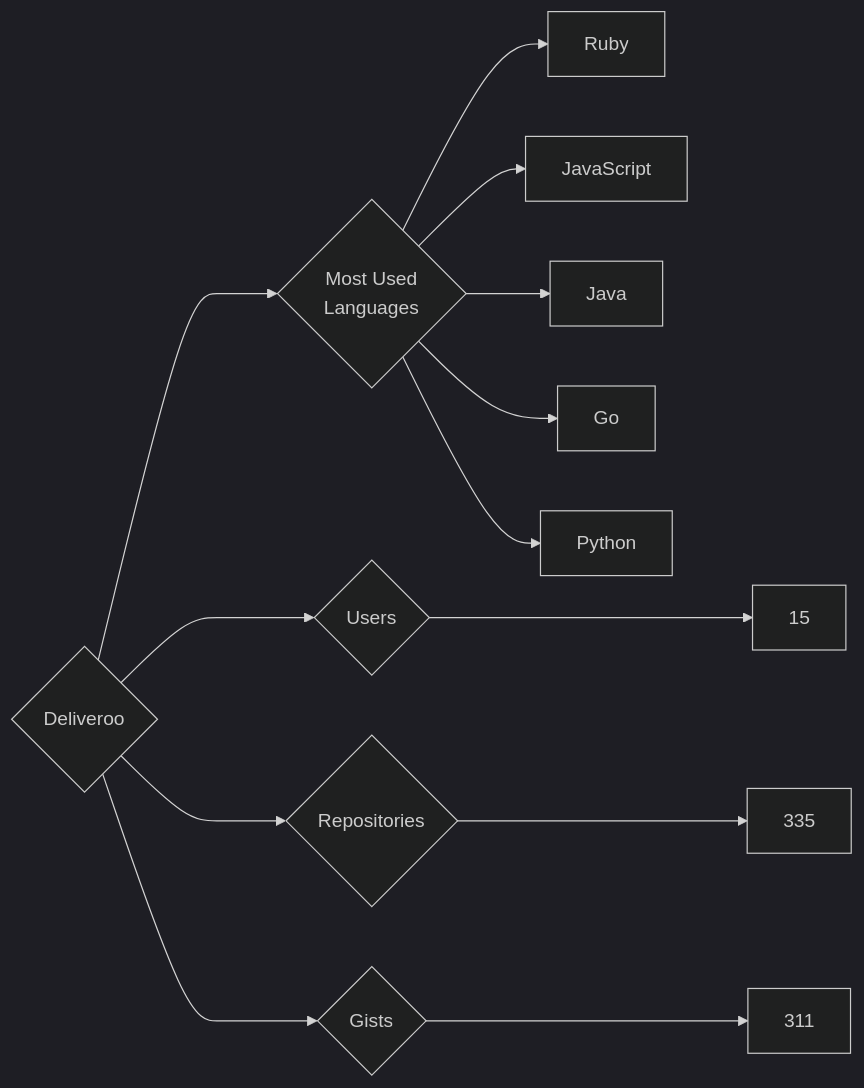
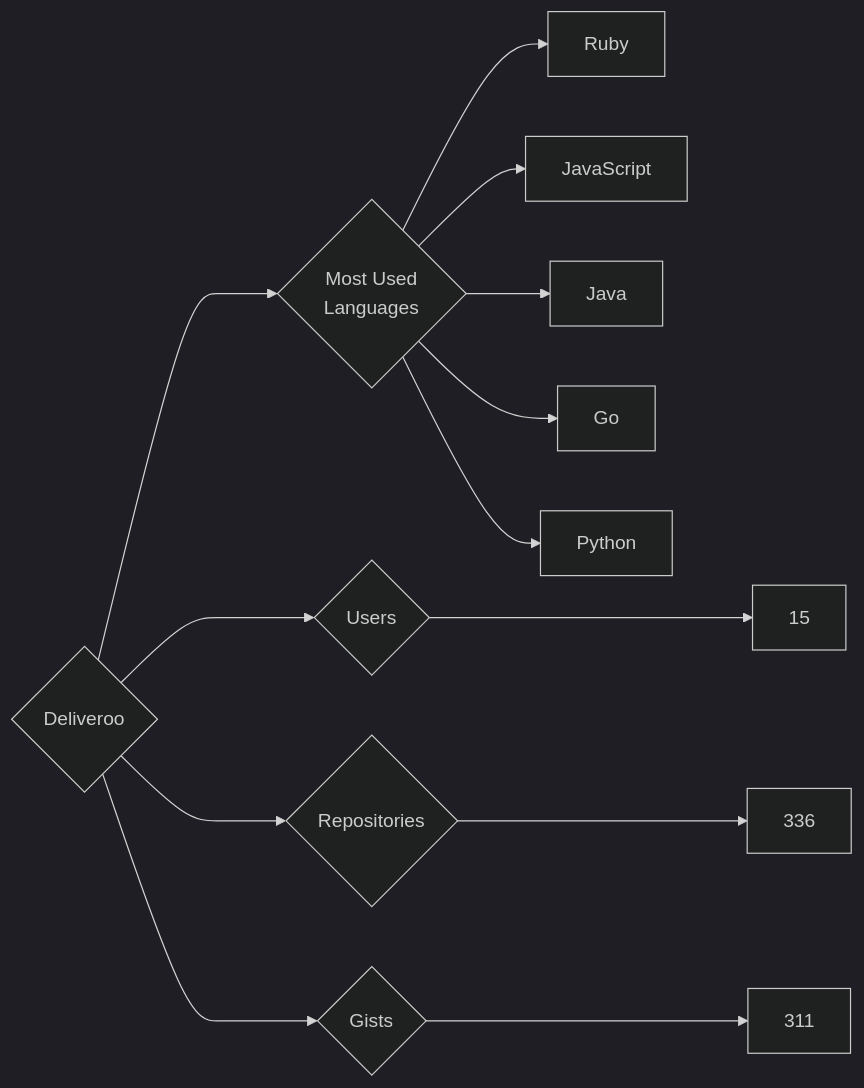
Before and after one commit to trickest/insiders: the diagram in targets/Deliveroo/README.md, drawn with Mermaid (dark theme). The commit also changed 891 other files, not shown here.

````diff
--- a/targets/Deliveroo/README.md
+++ b/targets/Deliveroo/README.md
@@ -3,13 +3,13 @@
 ```mermaid
 graph LR
 COMPANY_NAME{Deliveroo}
 COMPANY_NAME ---> U{Users} ---> UN[15]
-COMPANY_NAME ---> R{Repositories} ---> RN[335]
+COMPANY_NAME ---> R{Repositories} ---> RN[336]
 COMPANY_NAME ---> G{Gists} ---> GN[311]
 COMPANY_NAME ---> ML{Most Used<br>Languages}
 ML --> Ruby[Ruby]
 ML --> JavaScript[JavaScript]
 ML --> Java[Java]
 ML --> Go[Go]
 ML --> Python[Python]
 ```
````
